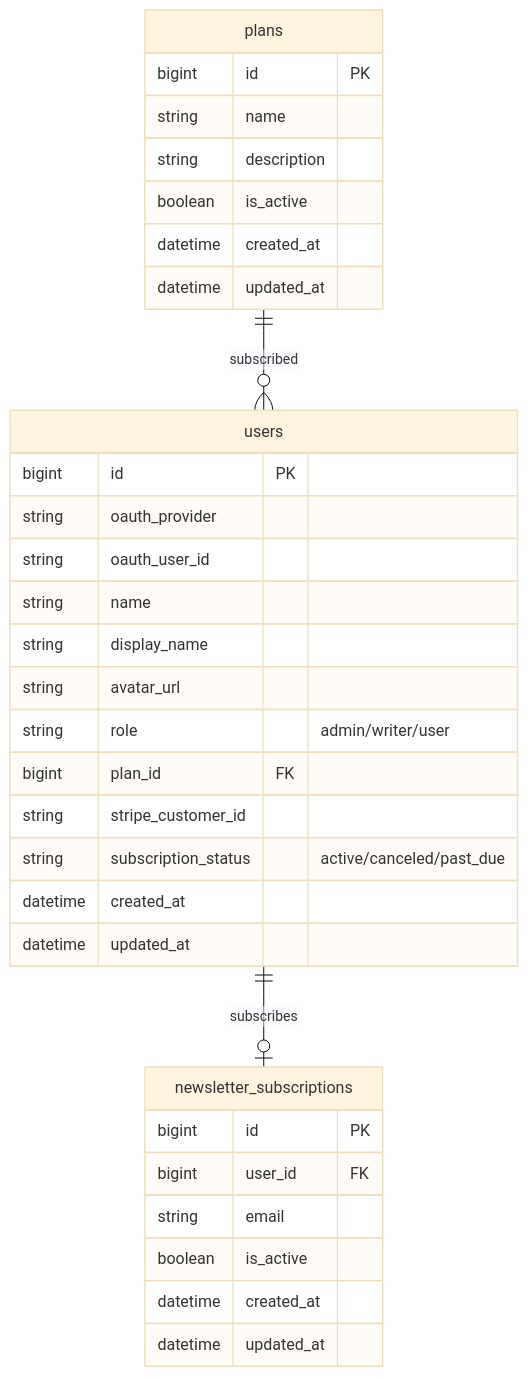
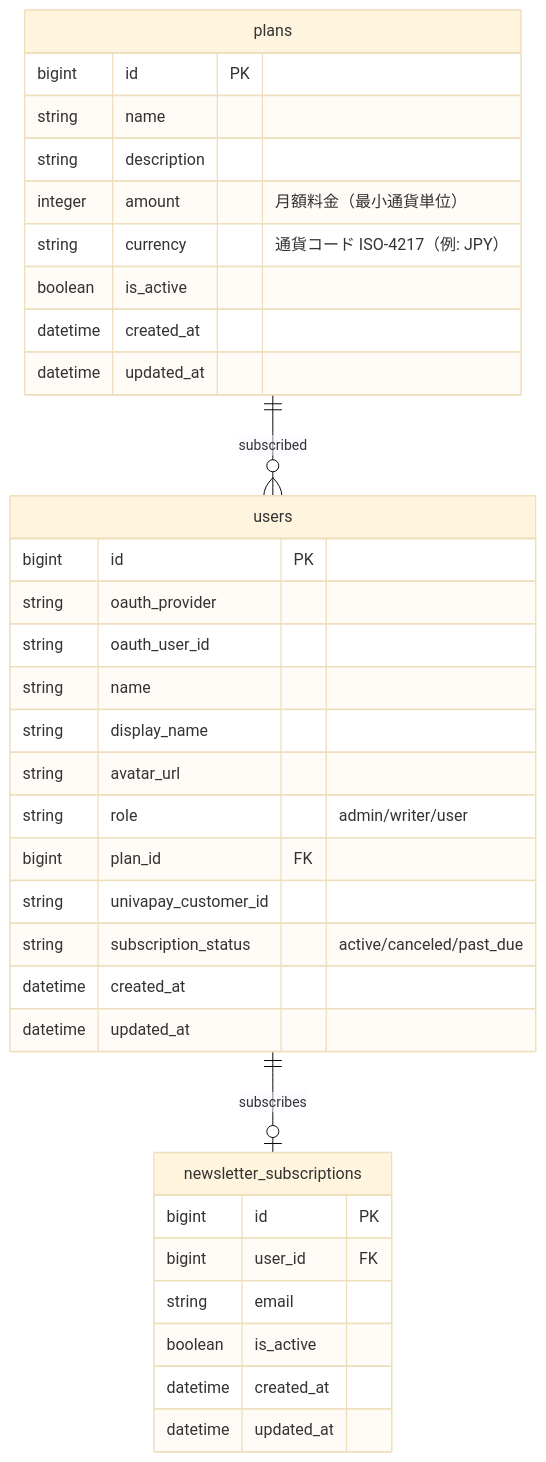
One commit to RRRRRRR-777/SikouLab changed the first of 8 diagrams in docs/functions/settings/home.md. Above: the diagram before and after it, drawn with Mermaid (base theme). The commit also changed other lines of this file and 110 other files, not shown here.

````diff
--- a/docs/functions/settings/home.md
+++ b/docs/functions/settings/home.md
@@ -125,38 +125,40 @@
 ```mermaid
 erDiagram
     users {
         bigint id PK
         string oauth_provider
         string oauth_user_id
         string name
         string display_name
         string avatar_url
         string role "admin/writer/user"
         bigint plan_id FK
-        string stripe_customer_id
+        string univapay_customer_id
         string subscription_status "active/canceled/past_due"
         datetime created_at
         datetime updated_at
     }
 
     plans {
         bigint id PK
         string name
         string description
+        integer amount "月額料金（最小通貨単位）"
+        string currency "通貨コード ISO-4217（例: JPY）"
         boolean is_active
         datetime created_at
         datetime updated_at
     }
 
     newsletter_subscriptions {
         bigint id PK
         bigint user_id FK
         string email
         boolean is_active
         datetime created_at
         datetime updated_at
     }
 
     plans ||--o{ users : "subscribed"
     users ||--o| newsletter_subscriptions : "subscribes"
 ```
````
